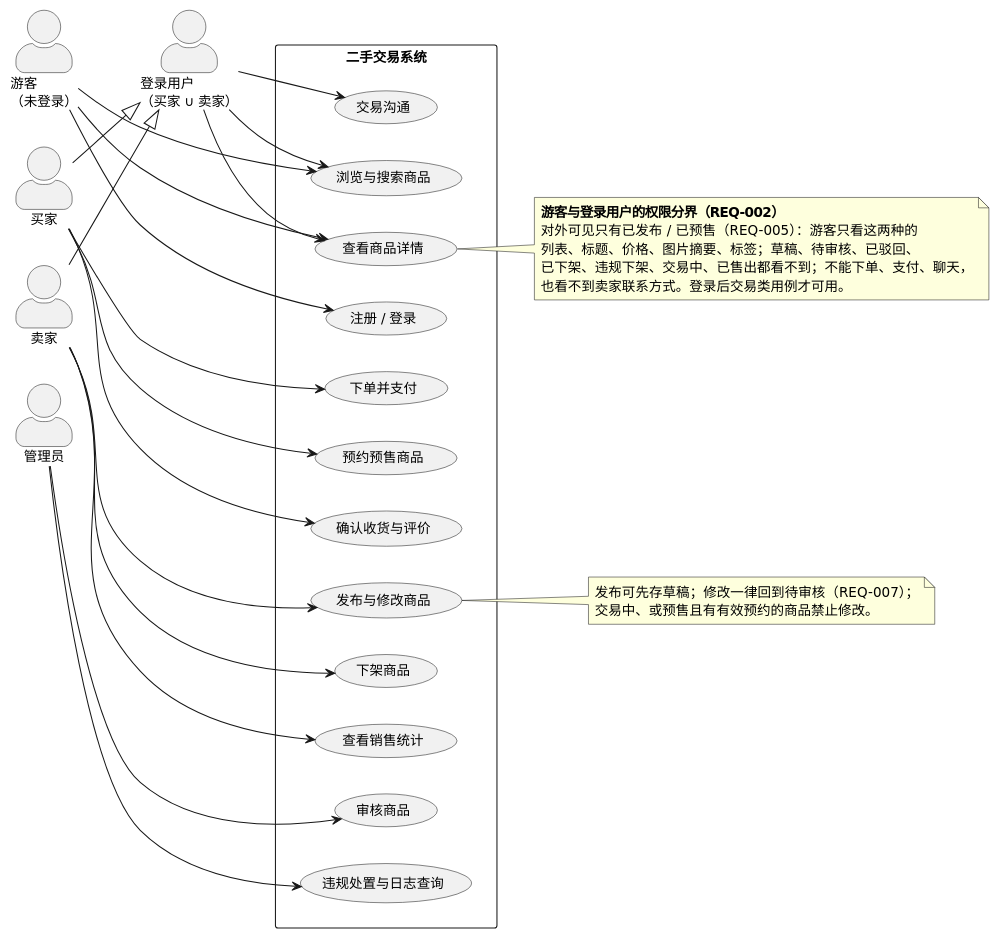
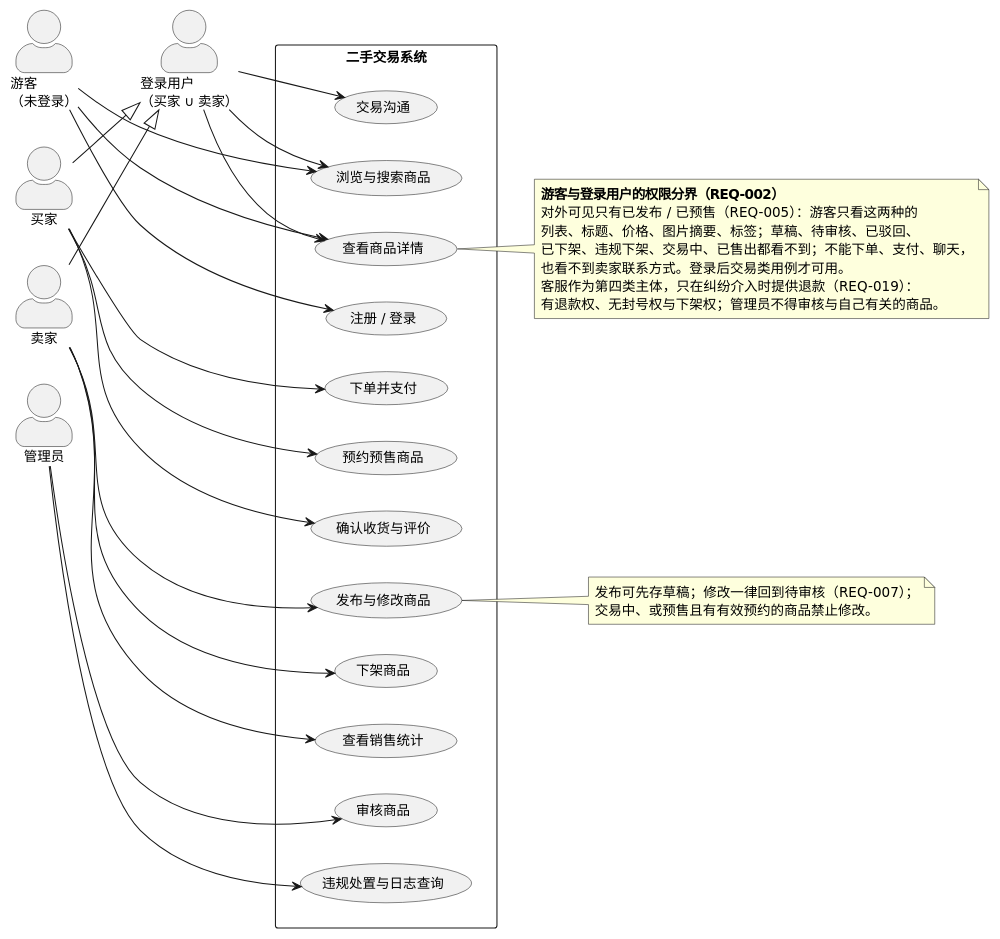
One commit to XuHR233/SE-lab1-requirements changed the diagram in lab02/UML/用例图.puml. Above: the diagram before and after it, drawn with PlantUML. The commit also changed 15 other files, not shown here.

Commit message:
按需求逐条复核全部 UML 图：类图补结算记录/纠纷工单与角色枚举，活动图2 补 15 天自动退款与客服介入分支，订单状态图补自动退款与预售取消口径，用例图补客服说明

```diff
--- a/lab02/UML/用例图.puml
+++ b/lab02/UML/用例图.puml
@@ -1,71 +1,73 @@
 @startuml
 ' 实验二 · 二手交易系统 · 用例图
 ' 布局手法：together 把参与者钉成一列、把用例钉成一列
 left to right direction
 skinparam defaultFontName "Microsoft YaHei"
 skinparam defaultFontSize 13
 skinparam shadowing false
 skinparam actorStyle awesome
 skinparam packageStyle rectangle
 
 together {
   actor "游客\n（未登录）" as Guest
   actor "登录用户\n（买家 ∪ 卖家）" as Login
   actor "买家" as Buyer
   actor "卖家" as Seller
   actor "管理员" as Admin
 }
 
 rectangle "二手交易系统" {
   together {
     usecase "浏览与搜索商品" as UC01
     usecase "查看商品详情" as UC02
     usecase "注册 / 登录" as UC03
     usecase "交易沟通" as UC04
     usecase "下单并支付" as UC05
     usecase "预约预售商品" as UC06
     usecase "确认收货与评价" as UC07
     usecase "发布与修改商品" as UC08
     usecase "下架商品" as UC09
     usecase "查看销售统计" as UC10
     usecase "审核商品" as UC11
     usecase "违规处置与日志查询" as UC12
   }
 }
 
 Guest --> UC01
 Guest --> UC02
 Guest --> UC03
 
 Login --> UC01
 Login --> UC02
 Login --> UC04
 
 Buyer --> UC05
 Buyer --> UC06
 Buyer --> UC07
 
 Seller --> UC08
 Seller --> UC09
 Seller --> UC10
 
 Admin --> UC11
 Admin --> UC12
 
 Buyer --|> Login
 Seller --|> Login
 
 note right of UC02
   <b>游客与登录用户的权限分界（REQ-002）</b>
   对外可见只有已发布 / 已预售（REQ-005）：游客只看这两种的
   列表、标题、价格、图片摘要、标签；草稿、待审核、已驳回、
   已下架、违规下架、交易中、已售出都看不到；不能下单、支付、聊天，
   也看不到卖家联系方式。登录后交易类用例才可用。
+  客服作为第四类主体，只在纠纷介入时提供退款（REQ-019）：
+  有退款权、无封号权与下架权；管理员不得审核与自己有关的商品。
 end note
 
 note right of UC08
   发布可先存草稿；修改一律回到待审核（REQ-007）；
   交易中、或预售且有有效预约的商品禁止修改。
 end note
 
 @enduml
```
